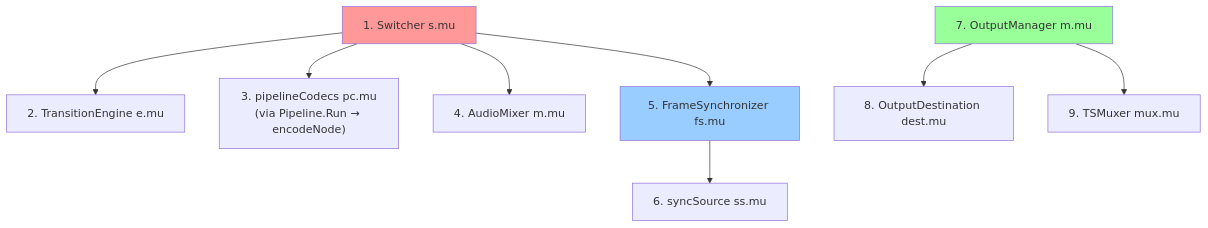
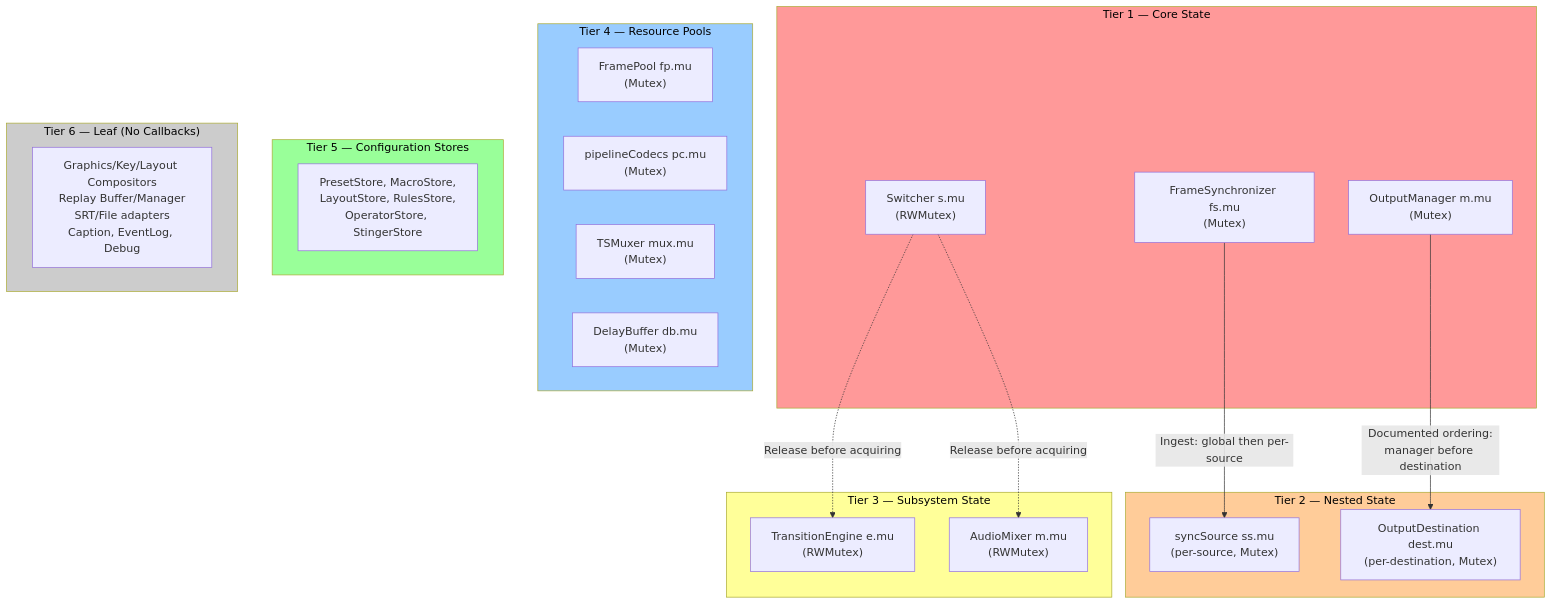
Before and after one commit to zsiec/switchframe: the seventh of 7 diagrams in docs/locking-and-concurrency.md, drawn with Mermaid. The commit also changed other lines of this file, not shown here.

````diff
--- a/docs/locking-and-concurrency.md
+++ b/docs/locking-and-concurrency.md
@@ -373,14 +573,45 @@
 ```mermaid
-graph TD
-    A["1. Switcher s.mu"] --> B["2. TransitionEngine e.mu"]
-    A --> D["3. pipelineCodecs pc.mu<br/>(via Pipeline.Run → encodeNode)"]
-    A --> E["4. AudioMixer m.mu"]
-    A --> F["5. FrameSynchronizer fs.mu"]
-    F --> G["6. syncSource ss.mu"]
-    H["7. OutputManager m.mu"] --> I["8. OutputDestination dest.mu"]
-    H --> J["9. TSMuxer mux.mu"]
+flowchart TD
+    subgraph tier1 ["Tier 1 — Core State"]
+        smu["Switcher s.mu<br/>(RWMutex)"]
+        fsmu["FrameSynchronizer fs.mu<br/>(Mutex)"]
+        ommu["OutputManager m.mu<br/>(Mutex)"]
+    end
 
-    style A fill:#ff9999
-    style F fill:#99ccff
-    style H fill:#99ff99
+    subgraph tier2 ["Tier 2 — Nested State"]
+        ssmu["syncSource ss.mu<br/>(per-source, Mutex)"]
+        destmu["OutputDestination dest.mu<br/>(per-destination, Mutex)"]
+    end
+
+    subgraph tier3 ["Tier 3 — Subsystem State"]
+        emu["TransitionEngine e.mu<br/>(RWMutex)"]
+        mmu["AudioMixer m.mu<br/>(RWMutex)"]
+    end
+
+    subgraph tier4 ["Tier 4 — Resource Pools"]
+        fpmu["FramePool fp.mu<br/>(Mutex)"]
+        pcmu["pipelineCodecs pc.mu<br/>(Mutex)"]
+        muxmu["TSMuxer mux.mu<br/>(Mutex)"]
+        dbmu["DelayBuffer db.mu<br/>(Mutex)"]
+    end
+
+    subgraph tier5 ["Tier 5 — Configuration Stores"]
+        stores["PresetStore, MacroStore,<br/>LayoutStore, RulesStore,<br/>OperatorStore, StingerStore"]
+    end
+
+    subgraph tier6 ["Tier 6 — Leaf (No Callbacks)"]
+        leaf["Graphics/Key/Layout Compositors<br/>Replay Buffer/Manager<br/>SRT/File adapters<br/>Caption, EventLog, Debug"]
+    end
+
+    fsmu -->|"Ingest: global then per-source"| ssmu
+    ommu -->|"Documented ordering:<br/>manager before destination"| destmu
+    smu -.->|"Release before acquiring"| emu
+    smu -.->|"Release before acquiring"| mmu
+
+    style tier1 fill:#ff9999,color:#000
+    style tier2 fill:#ffcc99,color:#000
+    style tier3 fill:#ffff99,color:#000
+    style tier4 fill:#99ccff,color:#000
+    style tier5 fill:#99ff99,color:#000
+    style tier6 fill:#cccccc,color:#000
 ```
````
